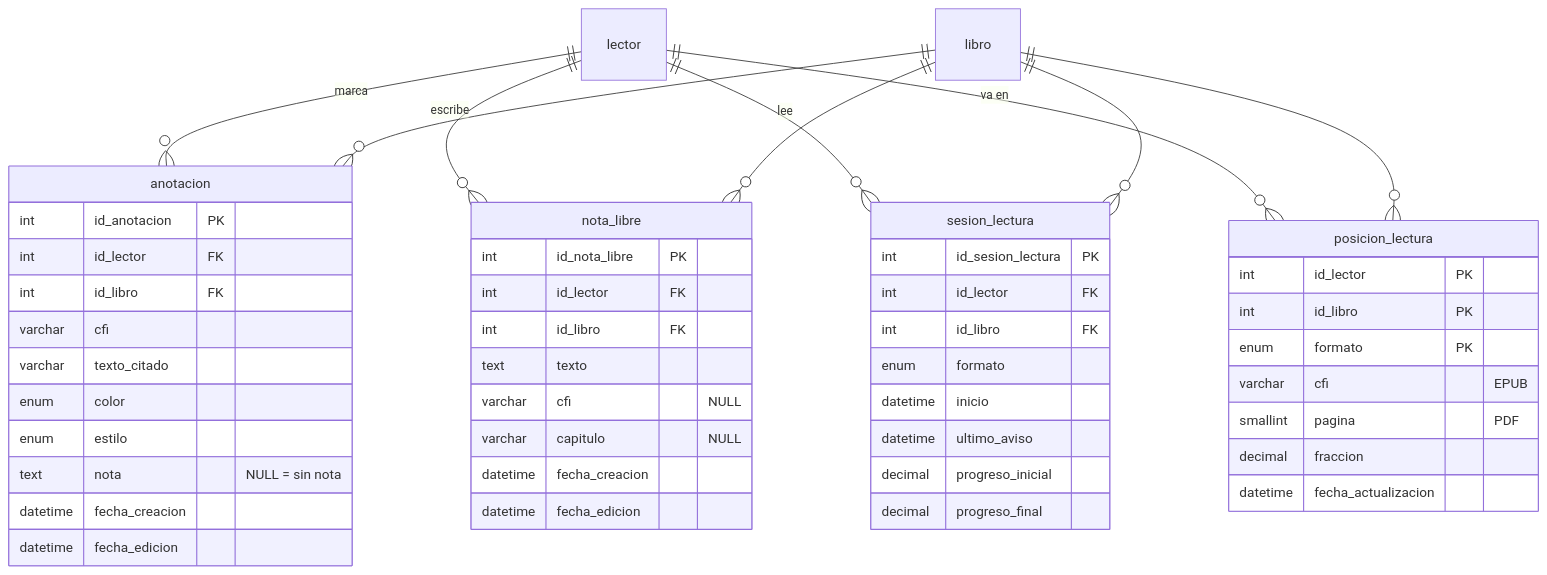
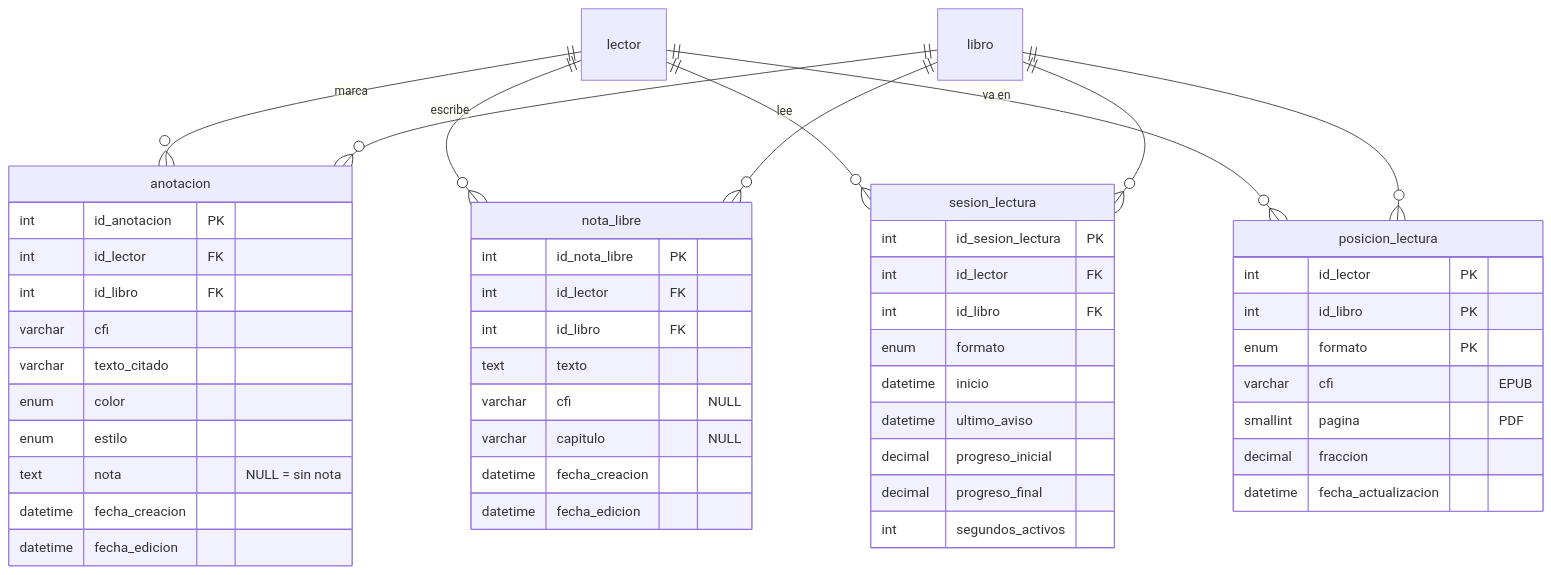
One commit to Parzivalml-35/bibliotecaNext changed the sixth of 6 diagrams in docs/modelo-datos.md. Above: the diagram before and after it, drawn with Mermaid. The commit also changed other lines of this file and 4 other files, not shown here.

Commit message:
fix: el tiempo leído suma cada aviso con tope de 1,5 latidos (segundos_activos): un hueco menor que la pausa ya no cuenta como lectura (RN-88)

````diff
--- a/docs/modelo-datos.md
+++ b/docs/modelo-datos.md
@@ -680,53 +680,54 @@
 ```mermaid
 erDiagram
     lector ||--o{ anotacion : "marca"
     libro ||--o{ anotacion : ""
     lector ||--o{ nota_libre : "escribe"
     libro ||--o{ nota_libre : ""
     lector ||--o{ sesion_lectura : "lee"
     libro ||--o{ sesion_lectura : ""
     lector ||--o{ posicion_lectura : "va en"
     libro ||--o{ posicion_lectura : ""
 
     anotacion {
         int id_anotacion PK
         int id_lector FK
         int id_libro FK
         varchar cfi
         varchar texto_citado
         enum color
         enum estilo
         text nota "NULL = sin nota"
         datetime fecha_creacion
         datetime fecha_edicion
     }
     nota_libre {
         int id_nota_libre PK
         int id_lector FK
         int id_libro FK
         text texto
         varchar cfi "NULL"
         varchar capitulo "NULL"
         datetime fecha_creacion
         datetime fecha_edicion
     }
     sesion_lectura {
         int id_sesion_lectura PK
         int id_lector FK
         int id_libro FK
         enum formato
         datetime inicio
         datetime ultimo_aviso
         decimal progreso_inicial
         decimal progreso_final
+        int segundos_activos
     }
     posicion_lectura {
         int id_lector PK
         int id_libro PK
         enum formato PK
         varchar cfi "EPUB"
         smallint pagina "PDF"
         decimal fraccion
         datetime fecha_actualizacion
     }
 ```
````
